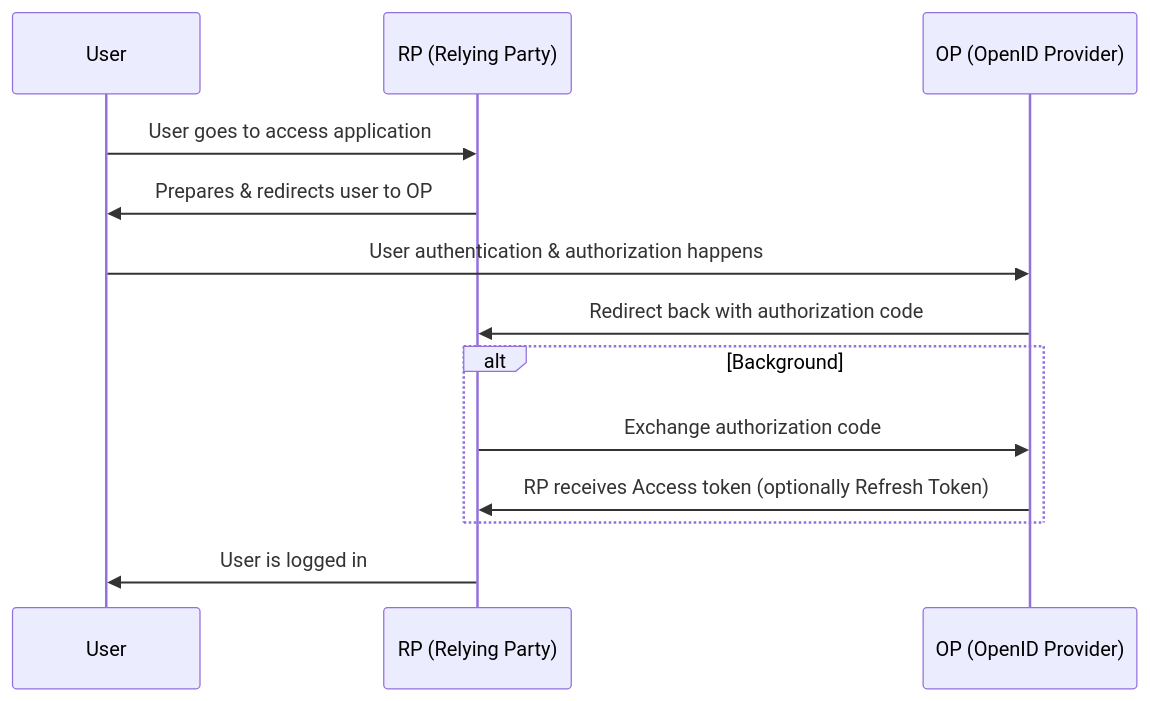
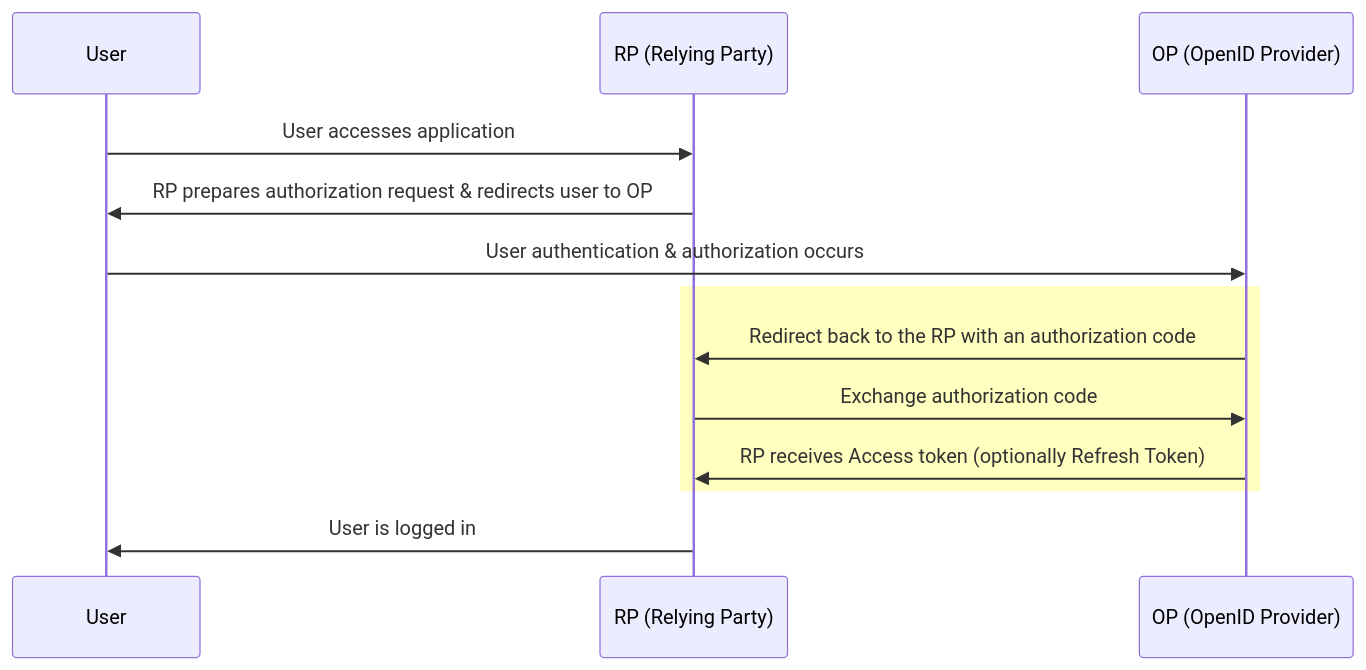
One commit to goauthentik/authentik changed the diagram in website/docs/add-secure-apps/providers/oauth2/index.md. Above: the diagram before and after it, drawn with Mermaid. The commit also changed other lines of this file, not shown here.

Commit message:
messed w/ diagram and added 3 categories

````diff
--- a/website/docs/add-secure-apps/providers/oauth2/index.md
+++ b/website/docs/add-secure-apps/providers/oauth2/index.md
@@ -32,19 +33,19 @@
 ```mermaid
 sequenceDiagram
     participant user as User
     participant rp as RP (Relying Party)
     participant op as OP (OpenID Provider)
 
-    user->>rp: User goes to access application
-    rp->>user: Prepares & redirects user to OP
+    user->>rp: User accesses application
+    rp->>user: RP prepares authorization request & redirects user to OP
 
-    user->>op: User authentication & authorization happens
-    op->>rp: Redirect back with authorization code
+    user->>op: User authentication & authorization occurs
 
-    alt Background
+    rect rgb(255, 255, 191)
+        op->>rp: Redirect back to the RP with an authorization code
         rp->>op: Exchange authorization code
         op->>rp: RP receives Access token (optionally Refresh Token)
     end
 
     rp->>user: User is logged in
 ```
````
